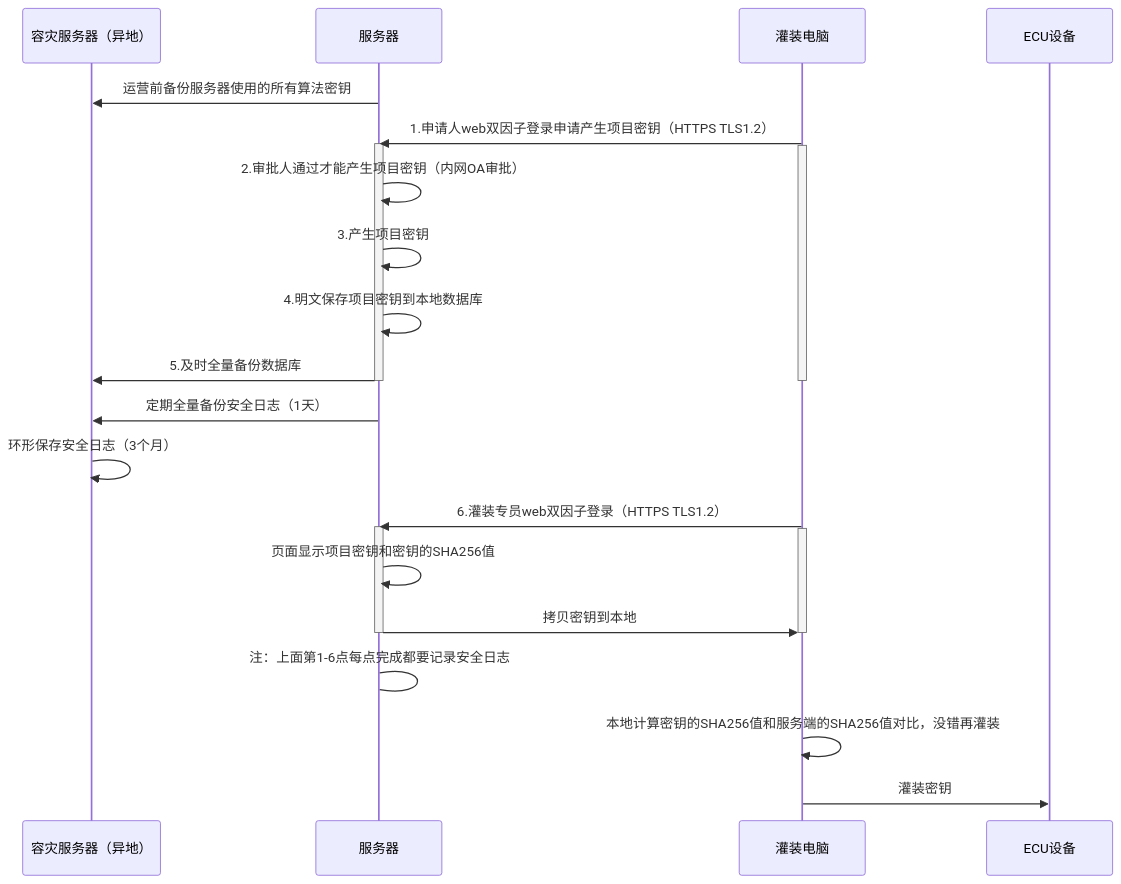
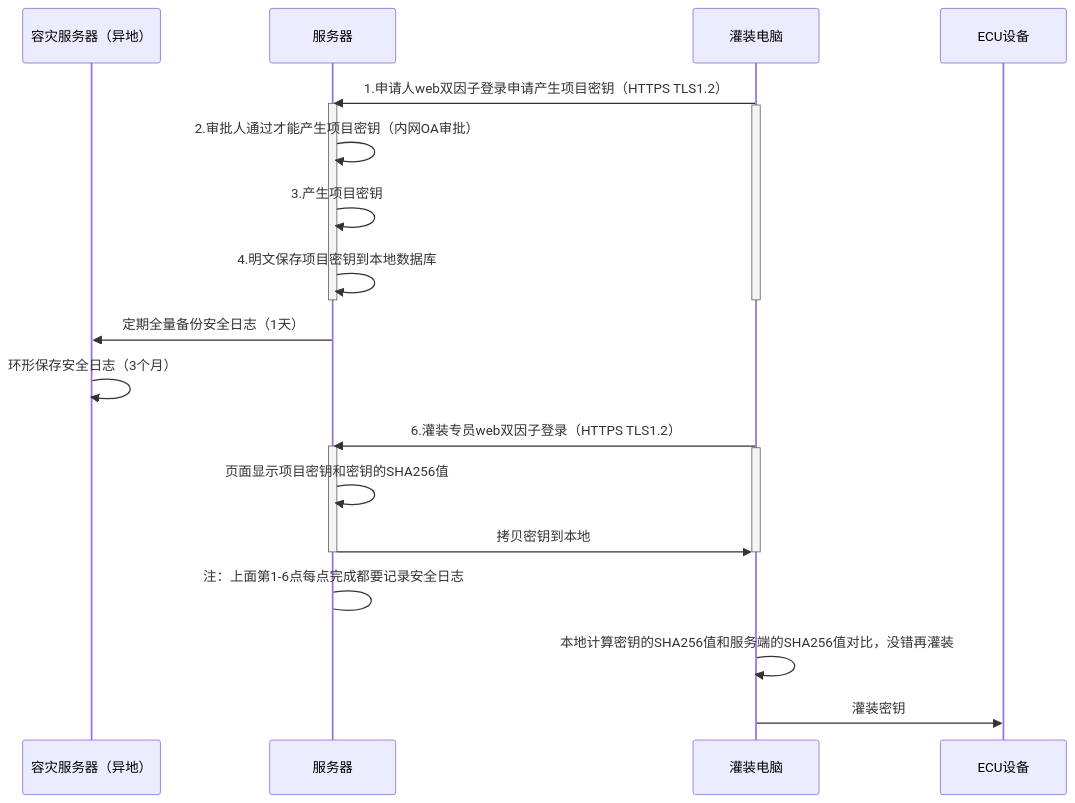
Before and after one commit to facebook-cloud/iodraw-files: the diagram in all/未命名-23.md, drawn with Mermaid.

Commit message:
2026-04-15 17:06:13 update

````diff
--- a/all/未命名-23.md
+++ b/all/未命名-23.md
@@ -1,35 +1,35 @@
 ```mermaid
 sequenceDiagram
     participant A as 容灾服务器（异地）
     participant B as 服务器
     participant D as 灌装电脑
     participant E as ECU设备
 
-    B->>A: 运营前备份服务器使用的所有算法密钥
+ 
     D->>B: 1.申请人web双因子登录申请产生项目密钥（HTTPS TLS1.2）
     activate B
     activate D
     B->>B: 2.审批人通过才能产生项目密钥（内网OA审批）
     B->>B: 3.产生项目密钥
     B->>B: 4.明文保存项目密钥到本地数据库
-    B->>A: 5.及时全量备份数据库
+
 
     deactivate B
     deactivate D
 
     B->>A: 定期全量备份安全日志（1天）
     A->>A: 环形保存安全日志（3个月）
     
     D->>B: 6.灌装专员web双因子登录（HTTPS TLS1.2）
     activate B
     activate D
     B->>B: 页面显示项目密钥和密钥的SHA256值
     B->>D: 拷贝密钥到本地
     deactivate B
     deactivate D
     B->B: 注：上面第1-6点每点完成都要记录安全日志
 
     D->>D:本地计算密钥的SHA256值和服务端的SHA256值对比，没错再灌装
     
     D->>E: 灌装密钥
 ```
````
